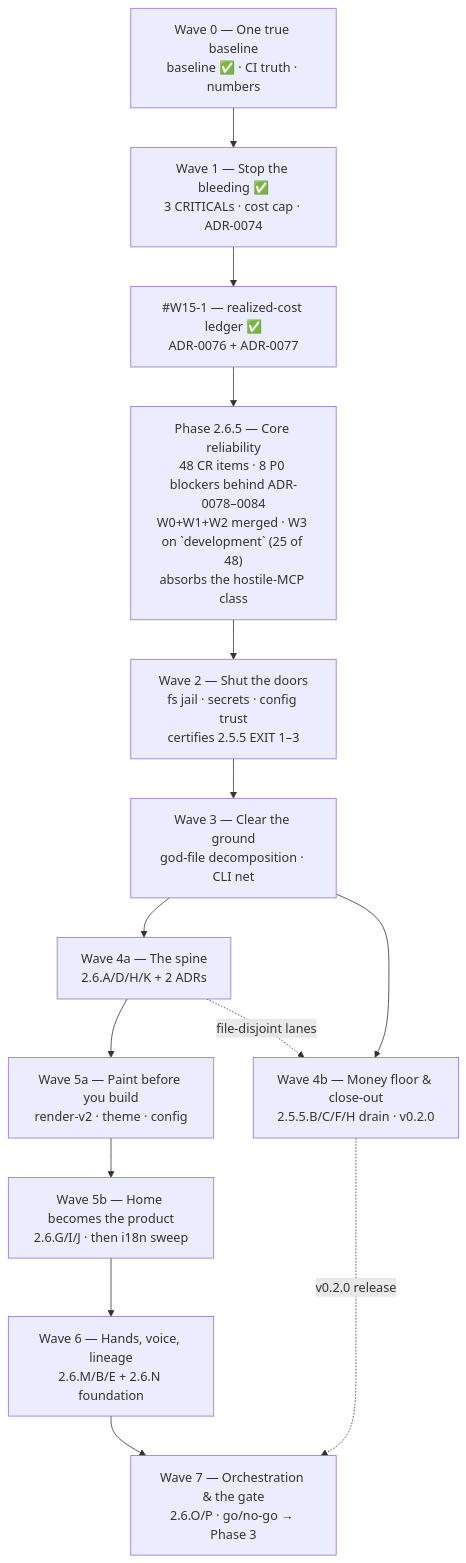
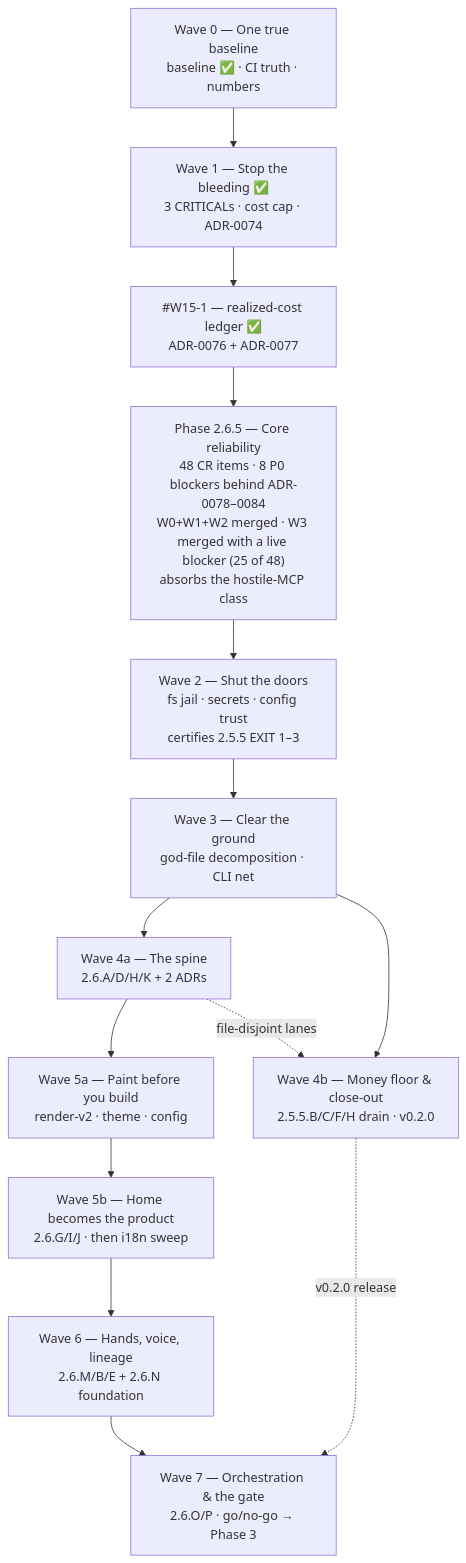
Before and after one commit to HodeTech/Relavium: the diagram in docs/roadmap/current.md, drawn with Mermaid. The commit also changed other lines of this file and 4 other files, not shown here.

First line of the commit message:
docs(roadmap): record W3 as merged with a live blocker, not as complete

````diff
--- a/docs/roadmap/current.md
+++ b/docs/roadmap/current.md
@@ -89,19 +89,19 @@
 ```mermaid
 flowchart TD
     W0["Wave 0 — One true baseline<br/>baseline ✅ · CI truth · numbers"]
     W1["Wave 1 — Stop the bleeding ✅<br/>3 CRITICALs · cost cap · ADR-0074"]
     LEDGER["#W15-1 — realized-cost ledger ✅<br/>ADR-0076 + ADR-0077"]
-    P265["Phase 2.6.5 — Core reliability<br/>48 CR items · 8 P0 blockers behind ADR-0078–0084<br/>W0+W1+W2 merged · W3 on `development` (25 of 48)<br/>absorbs the hostile-MCP class"]
+    P265["Phase 2.6.5 — Core reliability<br/>48 CR items · 8 P0 blockers behind ADR-0078–0084<br/>W0+W1+W2 merged · W3 merged with a live blocker (25 of 48)<br/>absorbs the hostile-MCP class"]
     W2["Wave 2 — Shut the doors<br/>fs jail · secrets · config trust<br/>certifies 2.5.5 EXIT 1–3"]
     W3["Wave 3 — Clear the ground<br/>god-file decomposition · CLI net"]
     W4a["Wave 4a — The spine<br/>2.6.A/D/H/K + 2 ADRs"]
     W4b["Wave 4b — Money floor & close-out<br/>2.5.5.B/C/F/H drain · v0.2.0"]
     W5a["Wave 5a — Paint before you build<br/>render-v2 · theme · config"]
     W5b["Wave 5b — Home becomes the product<br/>2.6.G/I/J · then i18n sweep"]
     W6["Wave 6 — Hands, voice, lineage<br/>2.6.M/B/E + 2.6.N foundation"]
     W7["Wave 7 — Orchestration & the gate<br/>2.6.O/P · go/no-go → Phase 3"]
     W0 --> W1 --> LEDGER --> P265 --> W2 --> W3 --> W4a --> W5a --> W5b --> W6 --> W7
     W3 --> W4b
     W4b -.->|v0.2.0 release| W7
     W4a -.->|file-disjoint lanes| W4b
 ```
````
